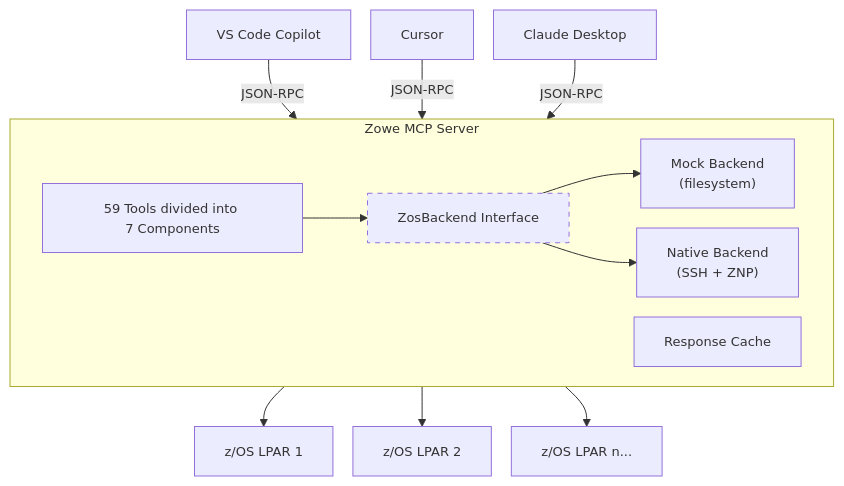
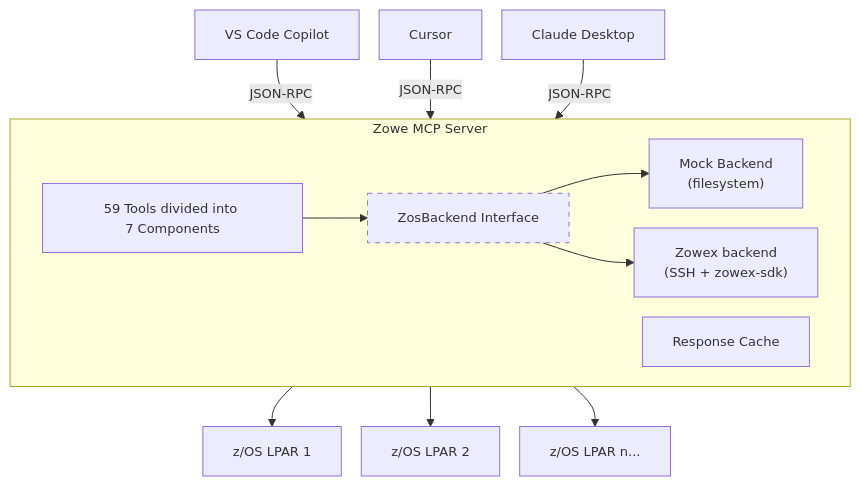
The first of 3 diagrams in presentations/zowe-mcp/slides.md (zowe/zowe-mcp), drawn with Mermaid before and after one commit. The commit also changed other lines of this file and 47 other files, not shown here.

First line of the commit message:
chore(docs): rename Zowe Native Proto to Zowe Remote SSH (zowex-sdk)

````diff
--- a/presentations/zowe-mcp/slides.md
+++ b/presentations/zowe-mcp/slides.md
@@ -199,30 +199,30 @@
 ```mermaid {scale: 0.8}
 ---
 config:
   flowchart:
     nodeSpacing: 20
     rankSpacing: 40
   themeVariables:
     fontSize: 13px
 ---
 flowchart TD
   Copilot["VS Code Copilot"] & CursorAI["Cursor"] & Claude["Claude Desktop"]
   Copilot & CursorAI & Claude -->|"JSON-RPC"| Server
 
   subgraph Server ["Zowe MCP Server"]
     direction LR
     Tools["59 Tools divided into 7&nbsp;Components"]
     Cache["Response Cache"]
     Tools --> ZosBackendInterface
     ZosBackendInterface["ZosBackend Interface"]
     ZosBackendInterface --> Mock["Mock Backend<br/>(filesystem)"]
-    ZosBackendInterface --> Native["Native Backend<br/>(SSH + ZNP)"]
+    ZosBackendInterface --> ZowexBackend["Zowex backend<br/>(SSH + zowex-sdk)"]
   end
 
   classDef dottedStyle stroke-dasharray: 5 5
   class ZosBackendInterface dottedStyle
 
-  Native --> zOS1["z/OS LPAR 1"]
-  Native --> zOS2["z/OS LPAR 2"]
-  Native --> zOS3["z/OS LPAR n..."]
+  ZowexBackend --> zOS1["z/OS LPAR 1"]
+  ZowexBackend --> zOS2["z/OS LPAR 2"]
+  ZowexBackend --> zOS3["z/OS LPAR n..."]
 ```
````
